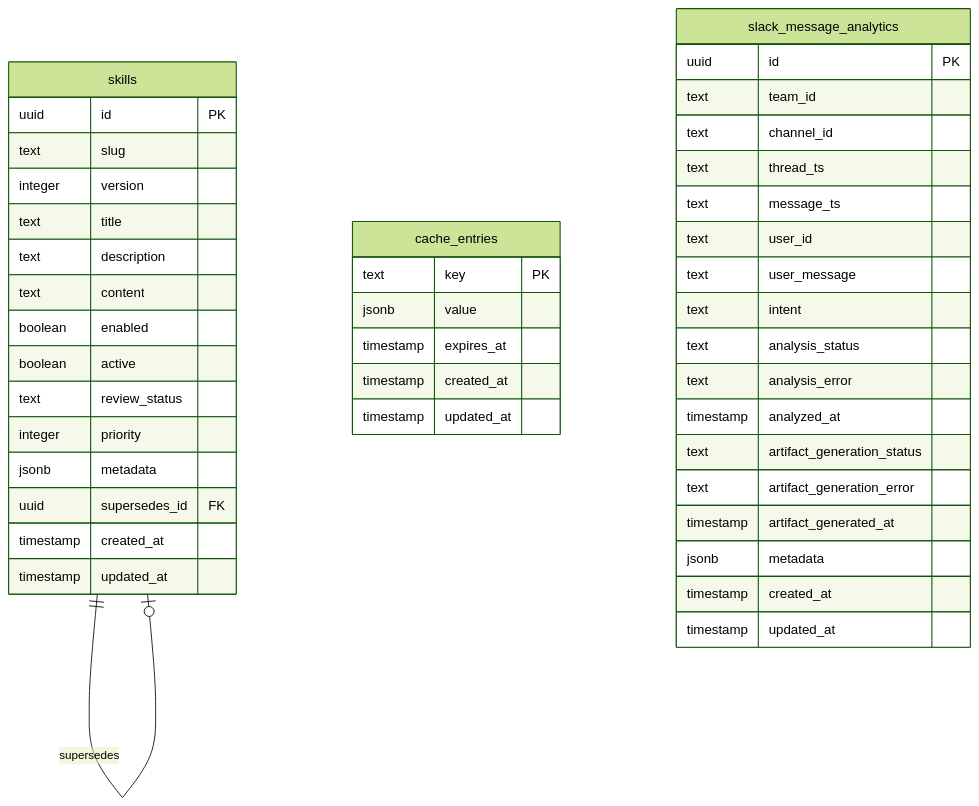
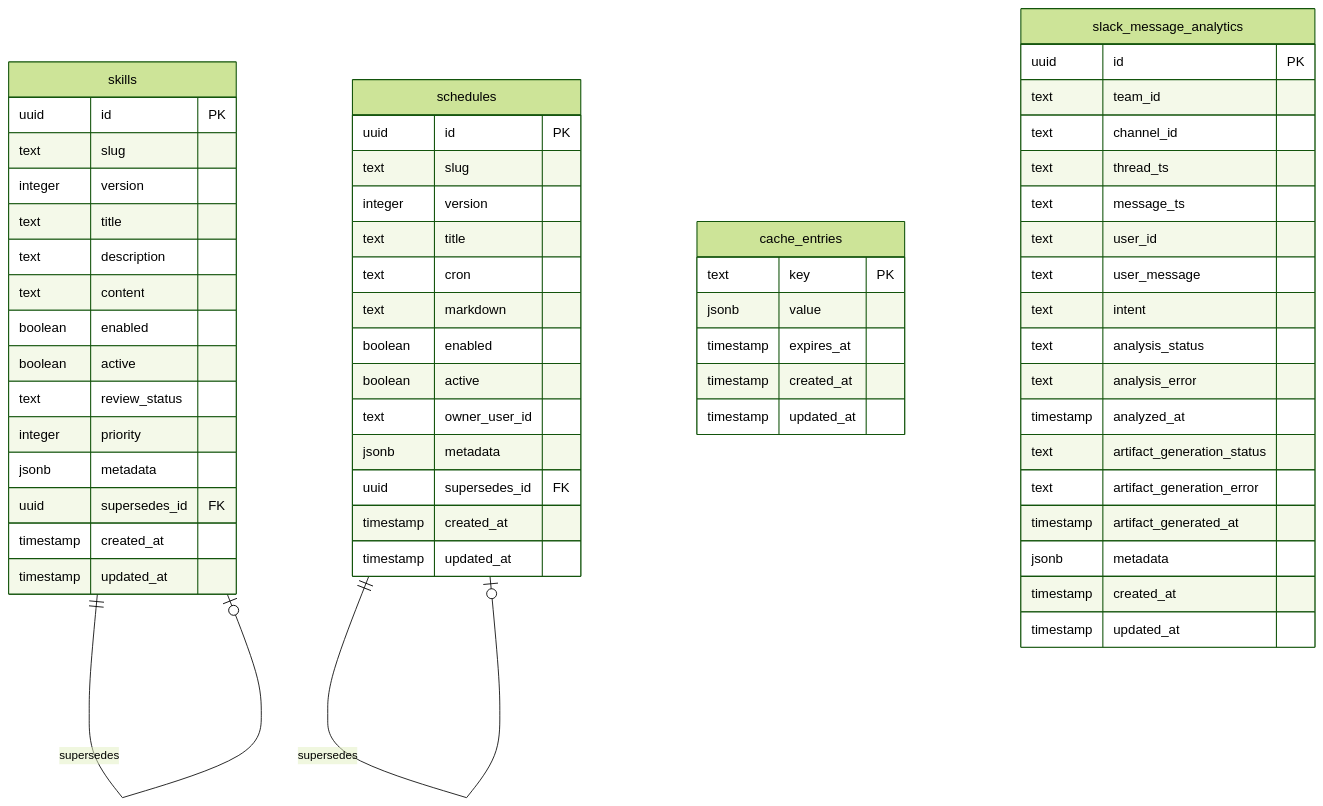
Before and after one commit to GorobVictor/slack-ai-agent-eve: the second of 3 diagrams in AGENTS.md, drawn with Mermaid (forest theme). The commit also changed other lines of this file and 1 other file, not shown here.

First line of the commit message:
ref: document schedule artifact architecture

````diff
--- a/AGENTS.md
+++ b/AGENTS.md
@@ -168,49 +168,66 @@
 ```mermaid
 erDiagram
   skills {
     uuid id PK
     text slug
     integer version
     text title
     text description
     text content
     boolean enabled
     boolean active
     text review_status
     integer priority
+    jsonb metadata
+    uuid supersedes_id FK
+    timestamp created_at
+    timestamp updated_at
+  }
+
+  schedules {
+    uuid id PK
+    text slug
+    integer version
+    text title
+    text cron
+    text markdown
+    boolean enabled
+    boolean active
+    text owner_user_id
     jsonb metadata
     uuid supersedes_id FK
     timestamp created_at
     timestamp updated_at
   }
 
   cache_entries {
     text key PK
     jsonb value
     timestamp expires_at
     timestamp created_at
     timestamp updated_at
   }
 
   slack_message_analytics {
     uuid id PK
     text team_id
     text channel_id
     text thread_ts
     text message_ts
     text user_id
     text user_message
     text intent
     text analysis_status
     text analysis_error
     timestamp analyzed_at
     text artifact_generation_status
     text artifact_generation_error
     timestamp artifact_generated_at
     jsonb metadata
     timestamp created_at
     timestamp updated_at
   }
 
   skills ||--o| skills : supersedes
+  schedules ||--o| schedules : supersedes
 ```
````
